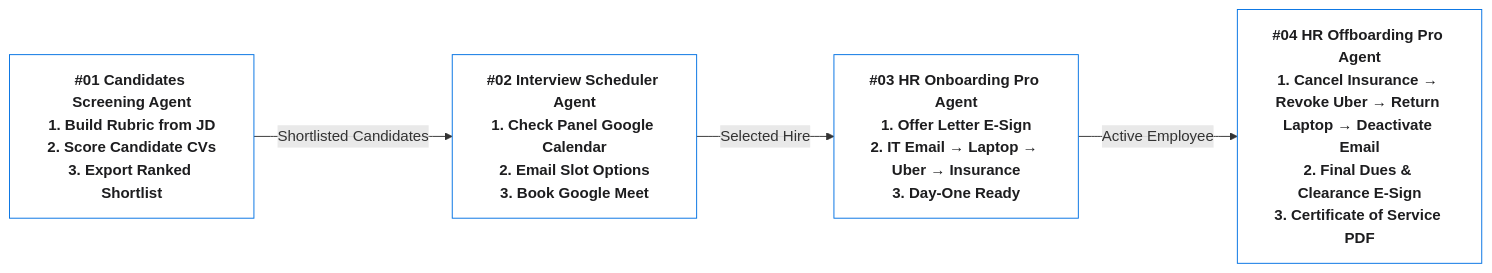
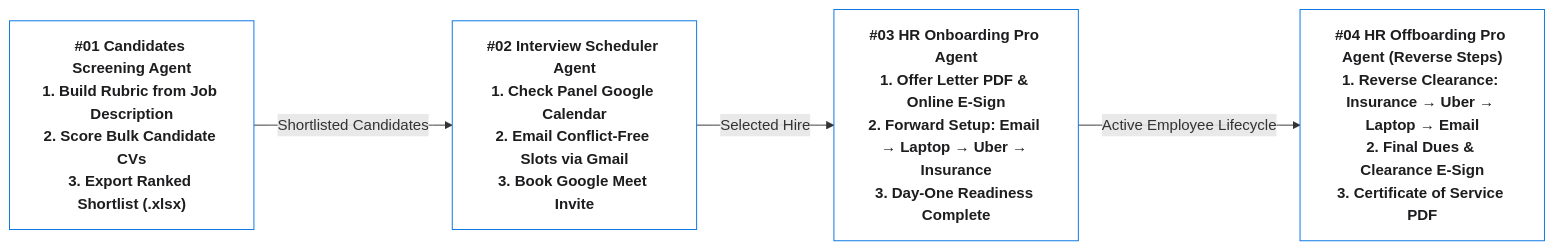
One commit to zurupream/HR_Agents changed the second of 3 diagrams in README.md. Above: the diagram before and after it, drawn with Mermaid. The commit also changed other lines of this file, not shown here.

````diff
--- a/README.md
+++ b/README.md
@@ -82,13 +57,13 @@
 ```mermaid
 flowchart LR
     classDef stage fill:#ffffff,stroke:#0071e3,color:#1d1d1f,font-weight:bold
 
-    S1["#01 Candidates Screening Agent<br>1. Build Rubric from JD<br>2. Score Candidate CVs<br>3. Export Ranked Shortlist"]:::stage
-    S2["#02 Interview Scheduler Agent<br>1. Check Panel Google Calendar<br>2. Email Slot Options<br>3. Book Google Meet"]:::stage
-    S3["#03 HR Onboarding Pro Agent<br>1. Offer Letter E-Sign<br>2. IT Email → Laptop → Uber → Insurance<br>3. Day-One Ready"]:::stage
-    S4["#04 HR Offboarding Pro Agent<br>1. Cancel Insurance → Revoke Uber → Return Laptop → Deactivate Email<br>2. Final Dues & Clearance E-Sign<br>3. Certificate of Service PDF"]:::stage
+    S1["#01 Candidates Screening Agent<br/>1. Build Rubric from Job Description<br/>2. Score Bulk Candidate CVs<br/>3. Export Ranked Shortlist (.xlsx)"]:::stage
+    S2["#02 Interview Scheduler Agent<br/>1. Check Panel Google Calendar<br/>2. Email Conflict-Free Slots via Gmail<br/>3. Book Google Meet Invite"]:::stage
+    S3["#03 HR Onboarding Pro Agent<br/>1. Offer Letter PDF & Online E-Sign<br/>2. Forward Setup: Email → Laptop → Uber → Insurance<br/>3. Day-One Readiness Complete"]:::stage
+    S4["#04 HR Offboarding Pro Agent (Reverse Steps)<br/>1. Reverse Clearance: Insurance → Uber → Laptop → Email<br/>2. Final Dues & Clearance E-Sign<br/>3. Certificate of Service PDF"]:::stage
 
     S1 -->|"Shortlisted Candidates"| S2
     S2 -->|"Selected Hire"| S3
-    S3 -->|"Active Employee"| S4
+    S3 -->|"Active Employee Lifecycle"| S4
 ```
````
